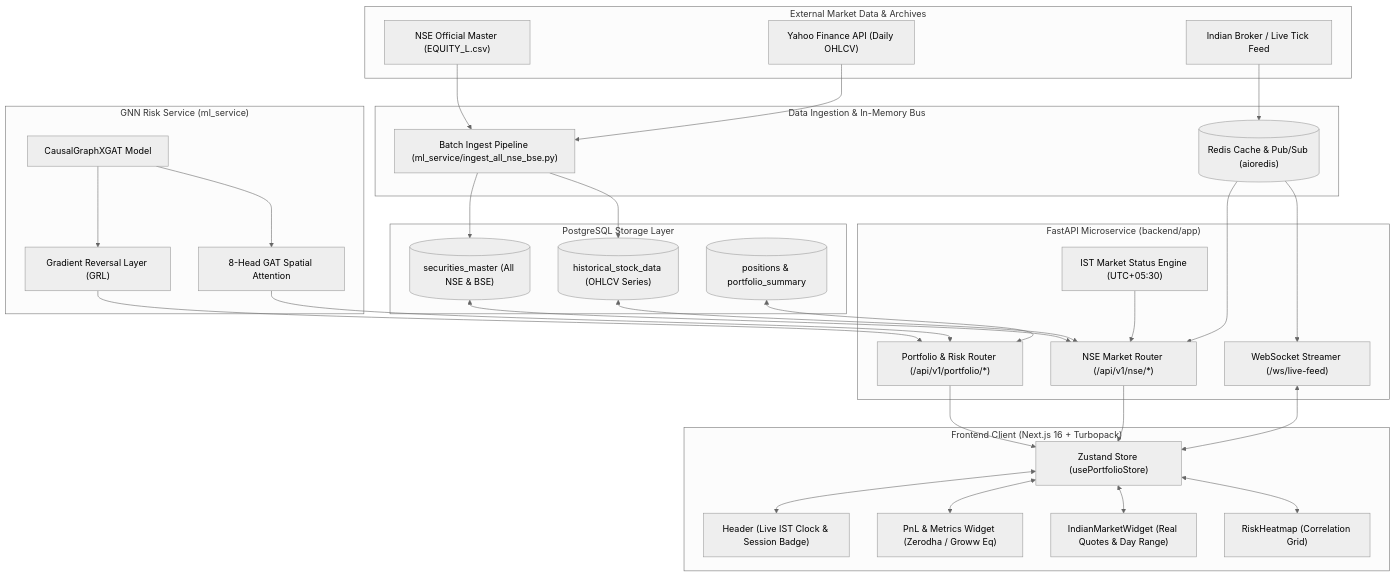
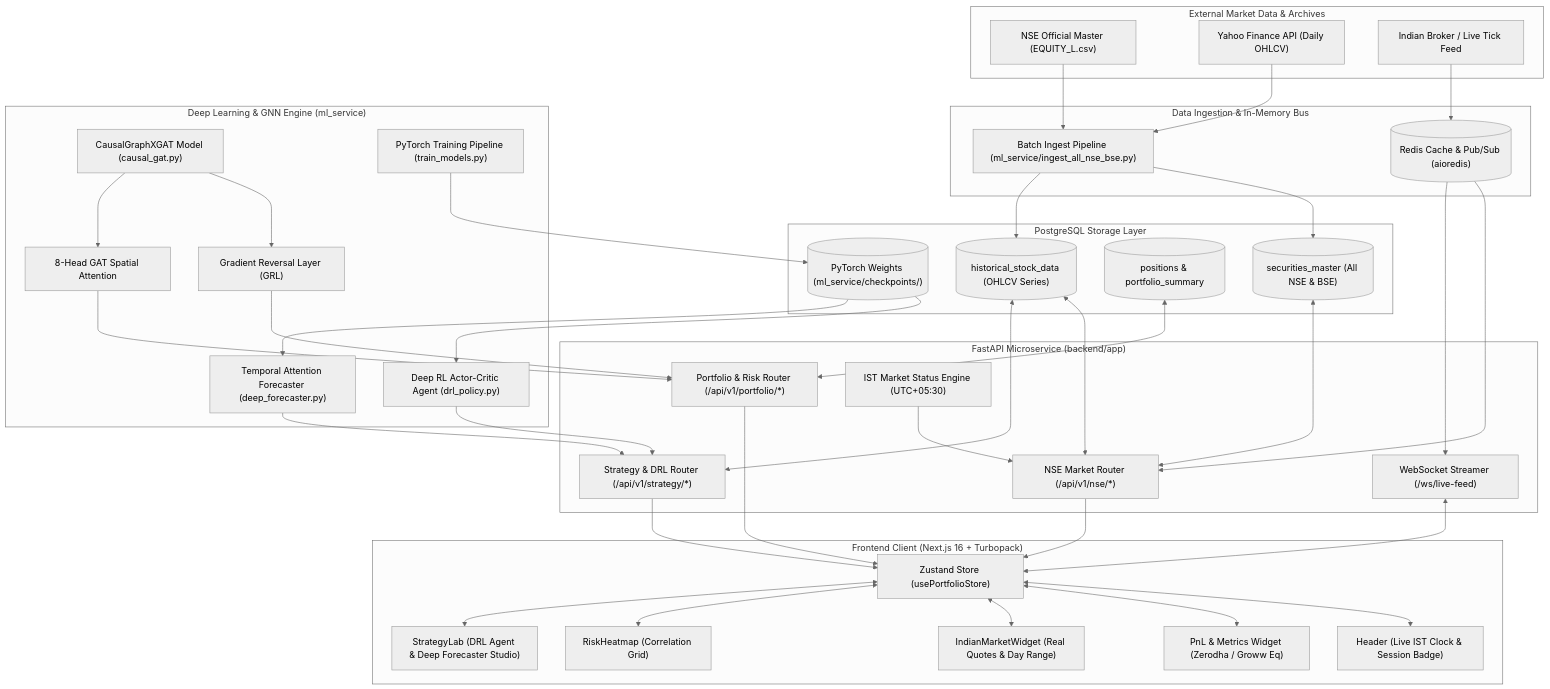
Before and after one commit to Sahityasahani1/Quantcopilot: the first of 8 diagrams in flow.md, drawn with Mermaid (neutral theme). The commit also changed other lines of this file and 50 other files, not shown here.

Commit message:
feat: add 18-alpha temporal forecaster, sortino DRL agent, live yfinance gateway, and SQL/Redis training pipeline

````diff
--- a/flow.md
+++ b/flow.md
@@ -32,10 +32,28 @@
         PositionsTable[("positions & portfolio_summary")]
     end
 
-    subgraph MLService ["GNN Risk Service (ml_service)"]
-        CausalGAT["CausalGraphXGAT Model"]
+    subgraph MLService ["Deep Learning & GNN Engine (ml_service)"]
+        CausalGAT["CausalGraphXGAT Model (causal_gat.py)"]
         GRL["Gradient Reversal Layer (GRL)"]
         Attention["8-Head GAT Spatial Attention"]
+        DRLAgent["Deep RL Actor-Critic Agent (drl_policy.py)"]
+        DeepForecaster["Temporal Attention Forecaster (deep_forecaster.py)"]
+        TrainPipeline["PyTorch Training Pipeline (train_models.py)"]
+    end
+
+    subgraph BackendGateway ["FastAPI Microservice (backend/app)"]
+        MarketRouter["NSE Market Router (/api/v1/nse/*)"]
+        PortfolioRouter["Portfolio & Risk Router (/api/v1/portfolio/*)"]
+        StrategyRouter["Strategy & DRL Router (/api/v1/strategy/*)"]
+        WSRouter["WebSocket Streamer (/ws/live-feed)"]
+        SessionEngine["IST Market Status Engine (UTC+05:30)"]
+    end
+
+    subgraph StorageLayer ["PostgreSQL Storage Layer & Checkpoints"]
+        SecMaster[("securities_master (All NSE & BSE)")]
+        HistData[("historical_stock_data (OHLCV Series)")]
+        PositionsTable[("positions & portfolio_summary")]
+        ModelWeights[("PyTorch Weights (ml_service/checkpoints/)")]
     end
 
     subgraph FrontendTerminal ["Frontend Client (Next.js 16 + Turbopack)"]
@@ -44,6 +62,7 @@
         UI_PnL["PnL & Metrics Widget (Zerodha / Groww Eq)"]
         UI_Market["IndianMarketWidget (Real Quotes & Day Range)"]
         UI_Heatmap["RiskHeatmap (Correlation Grid)"]
+        UI_StrategyLab["StrategyLab (DRL Agent & Deep Forecaster Studio)"]
     end
 
     NSE_CSV --> IngestScript
@@ -57,18 +76,25 @@
 
     SecMaster <--> MarketRouter
     HistData <--> MarketRouter
+    HistData <--> StrategyRouter
     PositionsTable <--> PortfolioRouter
     SessionEngine --> MarketRouter
 
     MarketRouter --> Store
     PortfolioRouter --> Store
+    StrategyRouter --> Store
     WSRouter <--> Store
     
     CausalGAT --> GRL --> PortfolioRouter
     CausalGAT --> Attention --> PortfolioRouter
+    DRLAgent --> StrategyRouter
+    DeepForecaster --> StrategyRouter
+    TrainPipeline --> ModelWeights --> DRLAgent
+    ModelWeights --> DeepForecaster
 
     Store <--> UI_Header
     Store <--> UI_PnL
     Store <--> UI_Market
     Store <--> UI_Heatmap
+    Store <--> UI_StrategyLab
 ```
````
